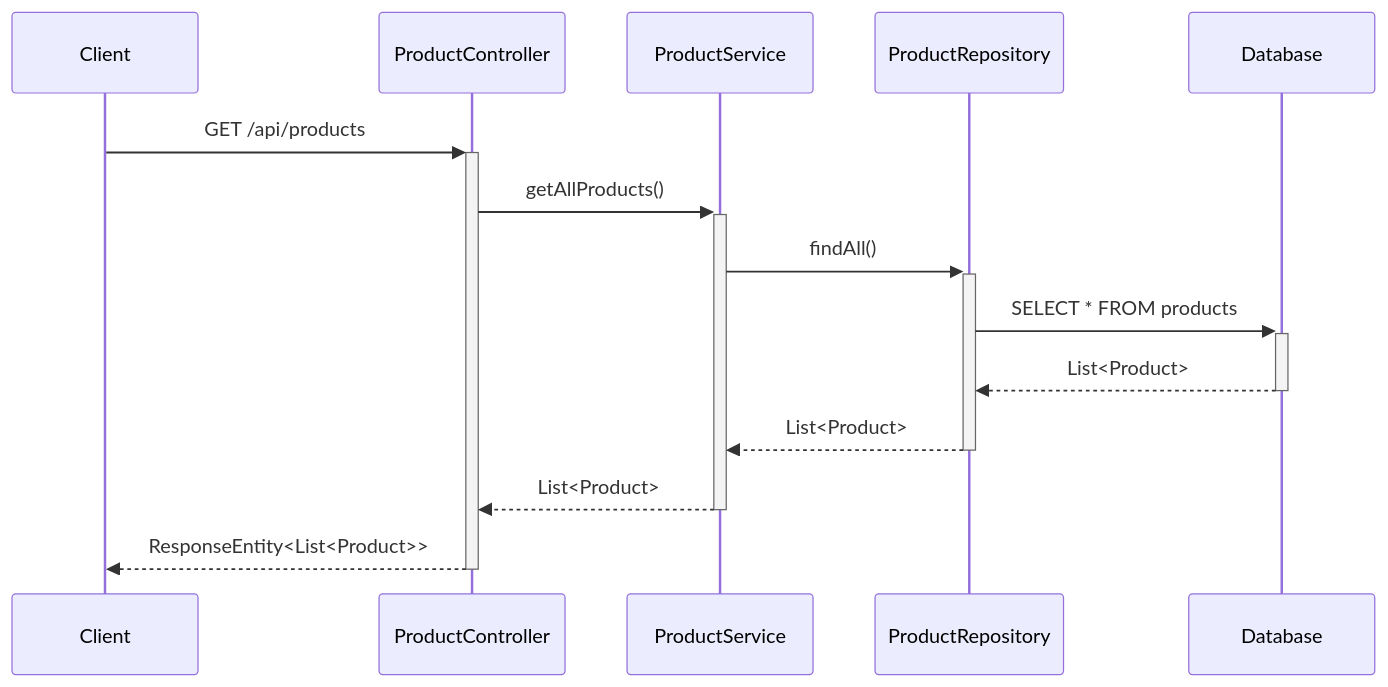
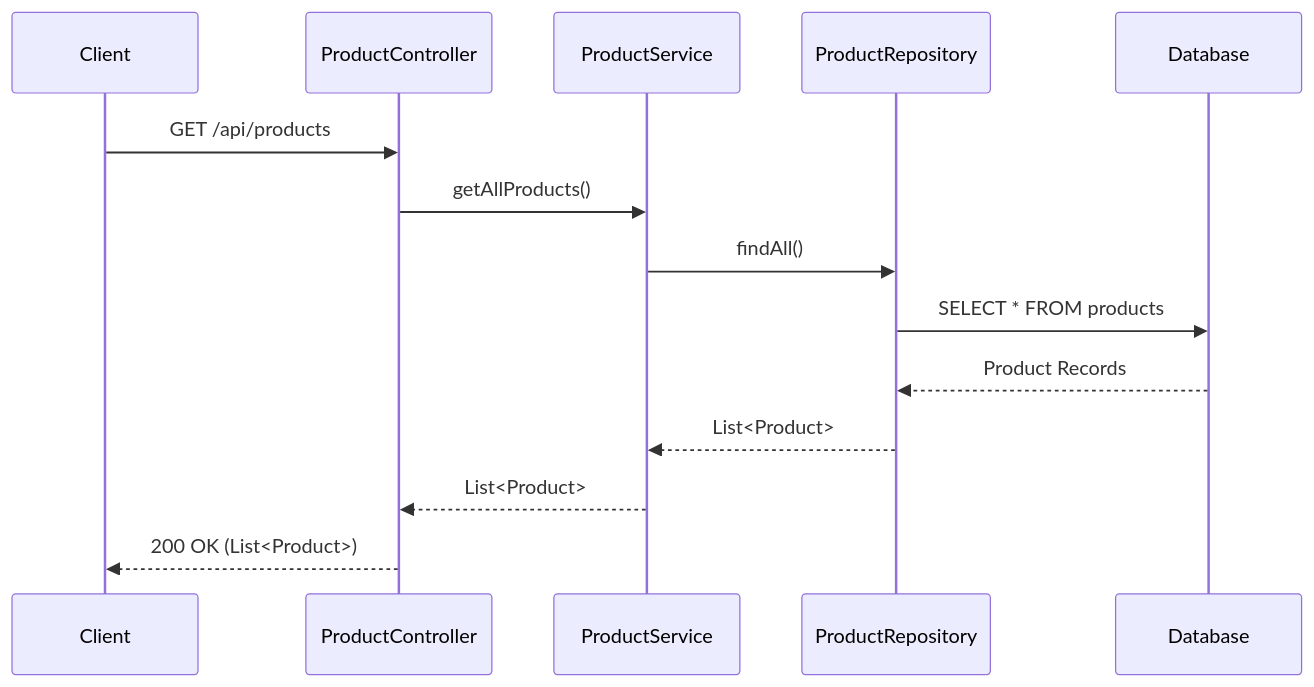
One commit to NavneetBN47/aava-ecom-demo changed the third of 13 diagrams in docs/LLD/lld.md. Above: the diagram before and after it, drawn with Mermaid. The commit also changed other lines of this file, not shown here.

````diff
--- a/docs/LLD/lld.md
+++ b/docs/LLD/lld.md
@@ -213,17 +211,17 @@
 ```mermaid
 sequenceDiagram
     participant Client
     participant ProductController
     participant ProductService
     participant ProductRepository
     participant Database
-    
-    Client->>+ProductController: GET /api/products
-    ProductController->>+ProductService: getAllProducts()
-    ProductService->>+ProductRepository: findAll()
-    ProductRepository->>+Database: SELECT * FROM products
-    Database-->>-ProductRepository: List<Product>
-    ProductRepository-->>-ProductService: List<Product>
-    ProductService-->>-ProductController: List<Product>
-    ProductController-->>-Client: ResponseEntity<List<Product>>
+
+    Client->>ProductController: GET /api/products
+    ProductController->>ProductService: getAllProducts()
+    ProductService->>ProductRepository: findAll()
+    ProductRepository->>Database: SELECT * FROM products
+    Database-->>ProductRepository: Product Records
+    ProductRepository-->>ProductService: List<Product>
+    ProductService-->>ProductController: List<Product>
+    ProductController-->>Client: 200 OK (List<Product>)
 ```
````
